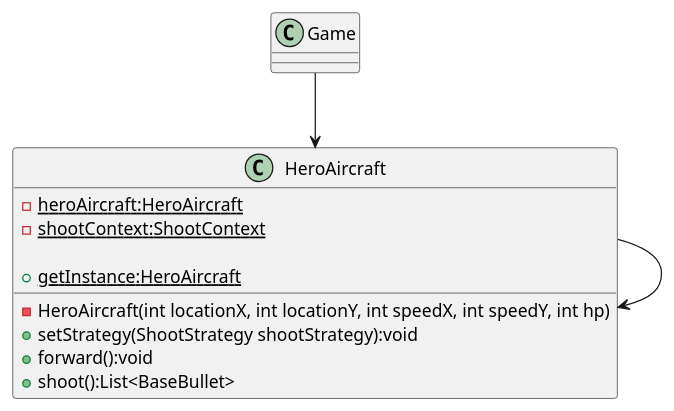
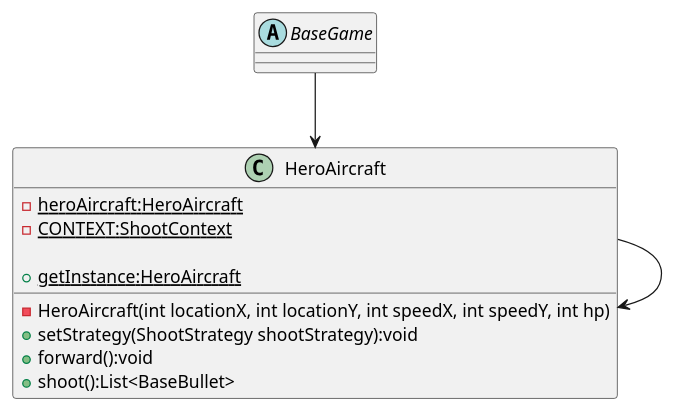
The diagram in uml/HeroAircraftSingleton.puml (ChrisGuiHK/AircraftWar-base), drawn with PlantUML before and after one commit. The commit also changed 13 other files, not shown here.

Commit message:
work6-uml-change

```diff
--- a/uml/HeroAircraftSingleton.puml
+++ b/uml/HeroAircraftSingleton.puml
@@ -1,20 +1,20 @@
 @startuml
 'https://plantuml.com/class-diagram
 
 class HeroAircraft{
     - {static} heroAircraft:HeroAircraft
-    - {static} shootContext:ShootContext
+    - {static} CONTEXT:ShootContext
 
     - HeroAircraft(int locationX, int locationY, int speedX, int speedY, int hp)
     + {static} getInstance:HeroAircraft
     + setStrategy(ShootStrategy shootStrategy):void
     + forward():void
     + shoot():List<BaseBullet>
 }
 
-class Game{}
+abstract class BaseGame{}
 
-Game --> HeroAircraft
+BaseGame --> HeroAircraft
 HeroAircraft --> HeroAircraft
 
 @enduml
```
